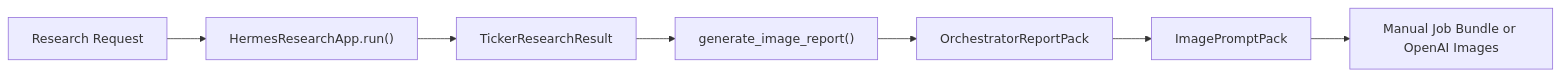
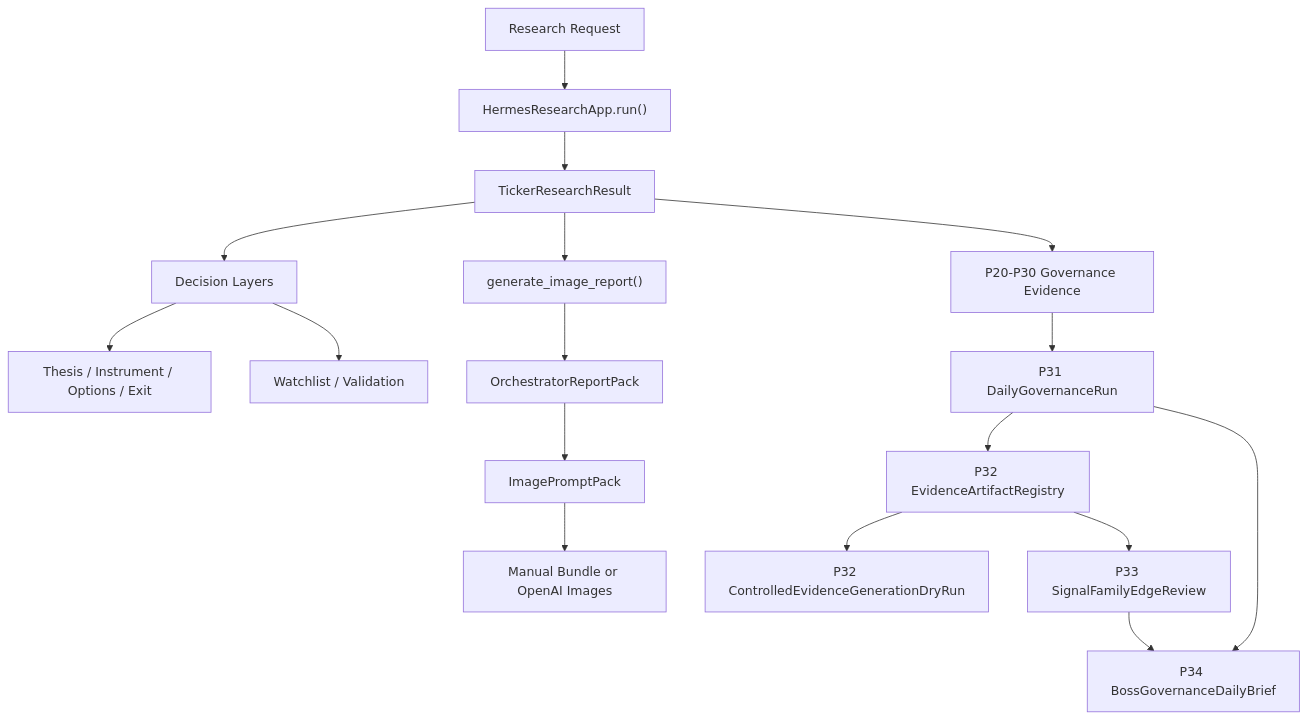
The diagram in README.md (Hugo6Lin/hermes-agent-TradingAgent), drawn with Mermaid before and after one commit. The commit also changed other lines of this file, not shown here.

Commit message:
docs: refresh root readme for p31 p34 governance

````diff
--- a/README.md
+++ b/README.md
@@ -92,9 +102,20 @@
 ```mermaid
-flowchart LR
+flowchart TD
     A["Research Request"] --> B["HermesResearchApp.run()"]
     B --> C["TickerResearchResult"]
-    C --> D["generate_image_report()"]
-    D --> E["OrchestratorReportPack"]
-    E --> F["ImagePromptPack"]
-    F --> G["Manual Job Bundle or OpenAI Images"]
+    C --> D["Decision Layers"]
+    D --> E["Thesis / Instrument / Options / Exit"]
+    D --> F["Watchlist / Validation"]
+    C --> G["generate_image_report()"]
+    G --> H["OrchestratorReportPack"]
+    H --> I["ImagePromptPack"]
+    I --> J["Manual Bundle or OpenAI Images"]
+
+    C --> K["P20-P30 Governance Evidence"]
+    K --> L["P31 DailyGovernanceRun"]
+    L --> M["P32 EvidenceArtifactRegistry"]
+    M --> N["P32 ControlledEvidenceGenerationDryRun"]
+    M --> O["P33 SignalFamilyEdgeReview"]
+    L --> P["P34 BossGovernanceDailyBrief"]
+    O --> P
 ```
````
